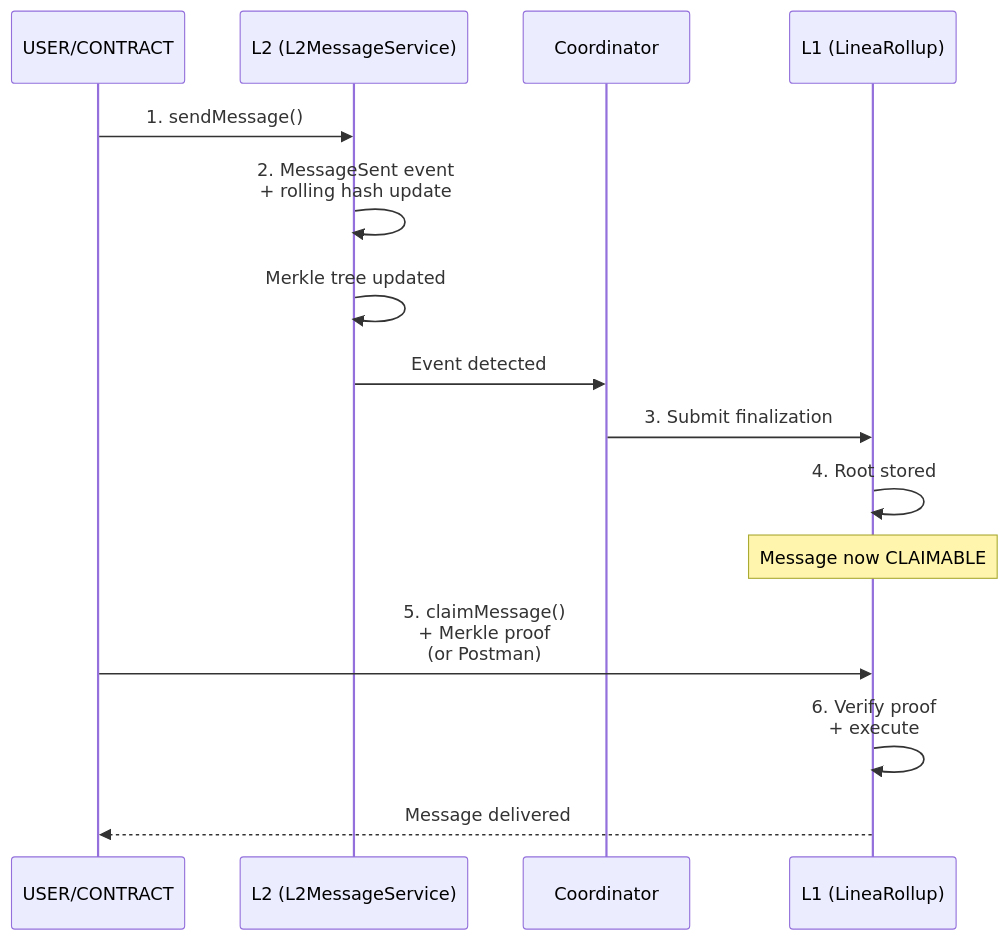
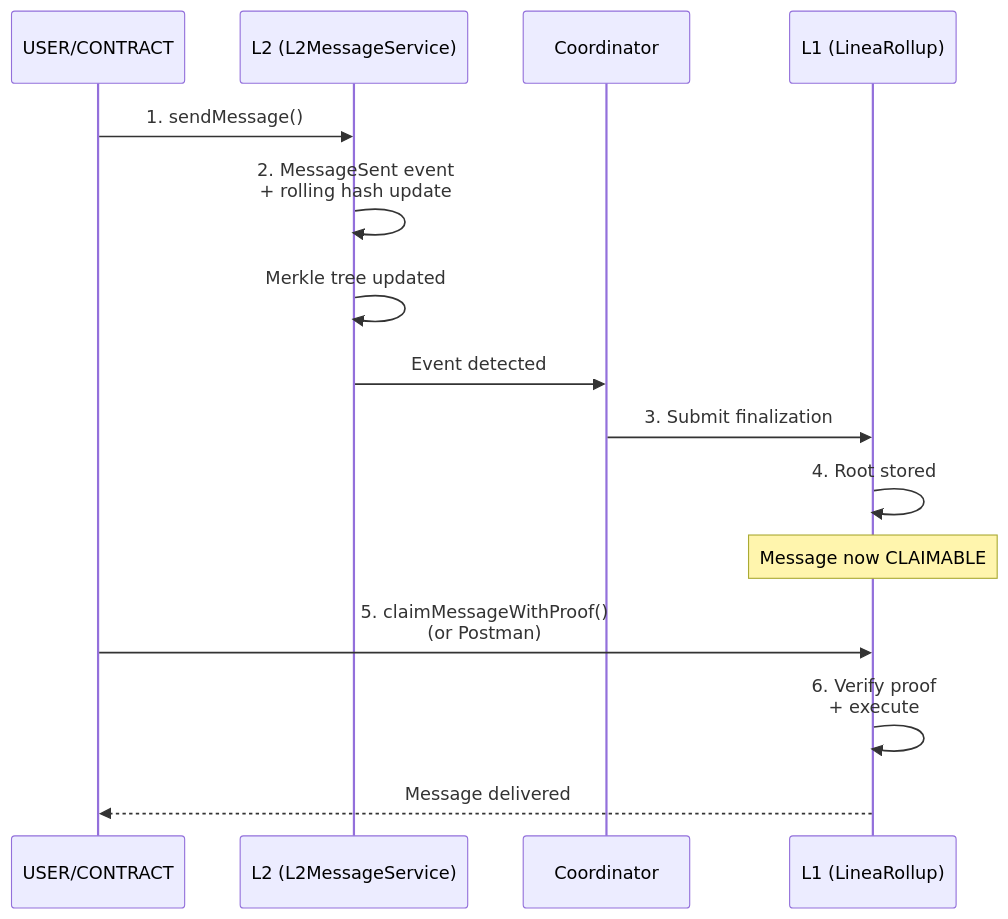
One commit to Consensys/linea-monorepo changed the diagram in documentation/diagrams/l2-to-l1-message-flow.mmd. Above: the diagram before and after it, drawn with Mermaid. The commit also changed 5 other files, not shown here.

Commit message:
claimMessageWithProof

```diff
--- a/documentation/diagrams/l2-to-l1-message-flow.mmd
+++ b/documentation/diagrams/l2-to-l1-message-flow.mmd
@@ -1,17 +1,17 @@
 %% L2 to L1 Message Flow
 sequenceDiagram
     participant User as USER/CONTRACT
     participant L2 as L2 (L2MessageService)
     participant Coord as Coordinator
     participant L1 as L1 (LineaRollup)
 
     User->>L2: 1. sendMessage()
     L2->>L2: 2. MessageSent event<br/>+ rolling hash update
     L2->>L2: Merkle tree updated
     L2->>Coord: Event detected
     Coord->>L1: 3. Submit finalization
     L1->>L1: 4. Root stored
     Note over L1: Message now CLAIMABLE
-    User->>L1: 5. claimMessage()<br/>+ Merkle proof<br/>(or Postman)
+    User->>L1: 5. claimMessageWithProof()<br/>(or Postman)
     L1->>L1: 6. Verify proof<br/>+ execute
     L1-->>User: Message delivered
```
